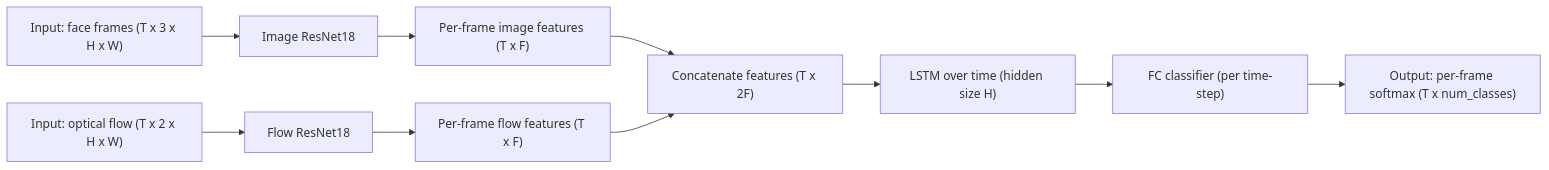
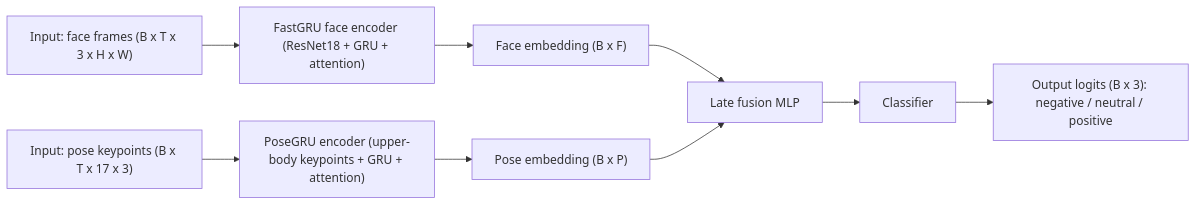
The first of 2 diagrams in README.md (MeasureZer0/cspan_congressionalrhetoric_video), drawn with Mermaid before and after one commit. The commit also changed other lines of this file and 1 other file, not shown here.

````diff
--- a/README.md
+++ b/README.md
@@ -9,12 +9,11 @@
 ```mermaid
 flowchart LR
-  A["Input: face frames (T x 3 x H x W)"] --> B[Image ResNet18]
-  C["Input: optical flow (T x 2 x H x W)"] --> D[Flow ResNet18]
-  B --> E["Per-frame image features (T x F)"]
-  D --> F["Per-frame flow features (T x F)"]
-  E --> G["Concatenate features (T x 2F)"]
+  A["Input: face frames (B x T x 3 x H x W)"] --> B["FastGRU face encoder (ResNet18 + GRU + attention)"]
+  C["Input: pose keypoints (B x T x 17 x 3)"] --> D["PoseGRU encoder (upper-body keypoints + GRU + attention)"]
+  B --> E["Face embedding (B x F)"]
+  D --> F["Pose embedding (B x P)"]
+  E --> G["Late fusion MLP"]
   F --> G
-  G --> H["LSTM over time (hidden size H)"]
-  H --> I["FC classifier (per time-step)"]
-  I --> J["Output: per-frame softmax (T x num_classes)"]
+  G --> H["Classifier"]
+  H --> I["Output logits (B x 3): negative / neutral / positive"]
 ```
````
